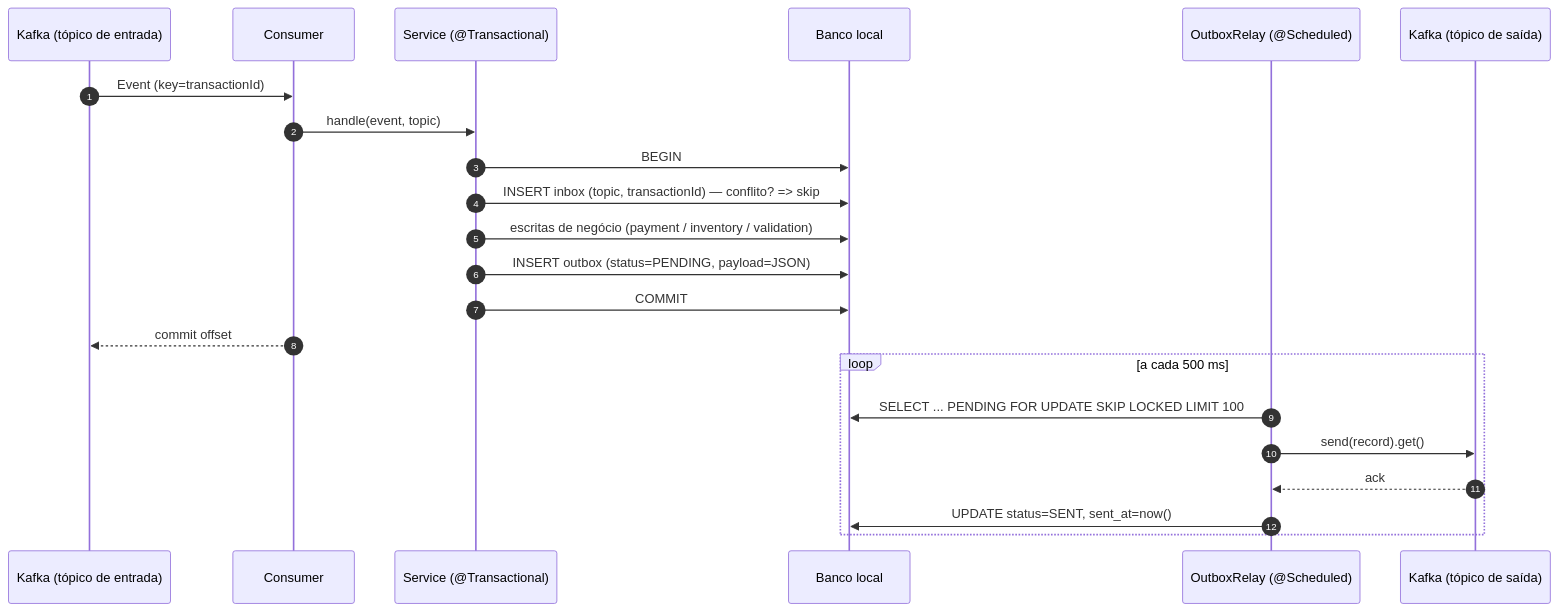
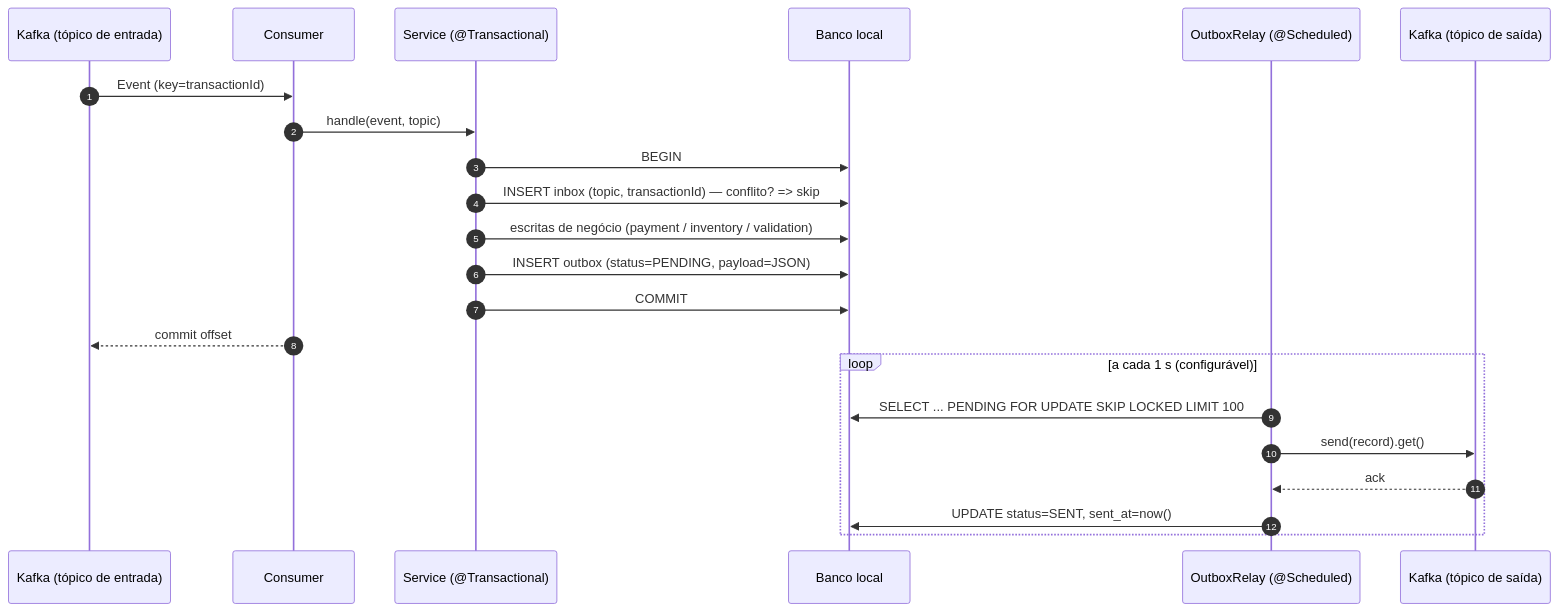
One commit to murakamibruno/microservices-kafka changed the diagram in docs/sdd/outbox-pattern.md. Above: the diagram before and after it, drawn with Mermaid. The commit also changed other lines of this file, not shown here.

````diff
--- a/docs/sdd/outbox-pattern.md
+++ b/docs/sdd/outbox-pattern.md
@@ -175,25 +175,25 @@
 ```mermaid
 sequenceDiagram
     autonumber
     participant K1 as Kafka (tópico de entrada)
     participant C as Consumer
     participant S as Service (@Transactional)
     participant DB as Banco local
     participant R as OutboxRelay (@Scheduled)
     participant K2 as Kafka (tópico de saída)
 
     K1->>C: Event (key=transactionId)
     C->>S: handle(event, topic)
     S->>DB: BEGIN
     S->>DB: INSERT inbox (topic, transactionId)  — conflito? => skip
     S->>DB: escritas de negócio (payment / inventory / validation)
     S->>DB: INSERT outbox (status=PENDING, payload=JSON)
     S->>DB: COMMIT
     C-->>K1: commit offset
-    loop a cada 500 ms
+    loop a cada 1 s (configurável)
         R->>DB: SELECT ... PENDING FOR UPDATE SKIP LOCKED LIMIT 100
         R->>K2: send(record).get()
         K2-->>R: ack
         R->>DB: UPDATE status=SENT, sent_at=now()
     end
 ```
````
